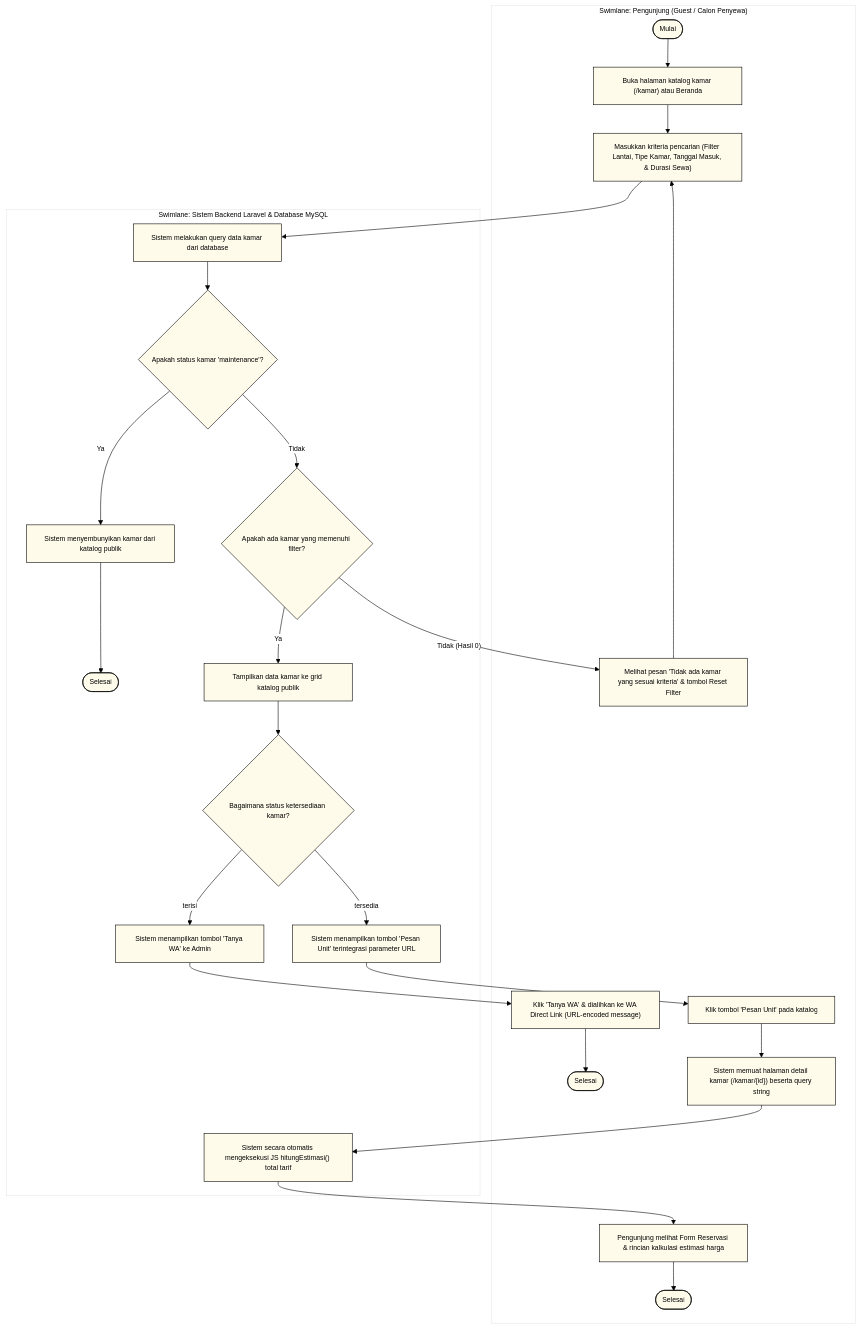
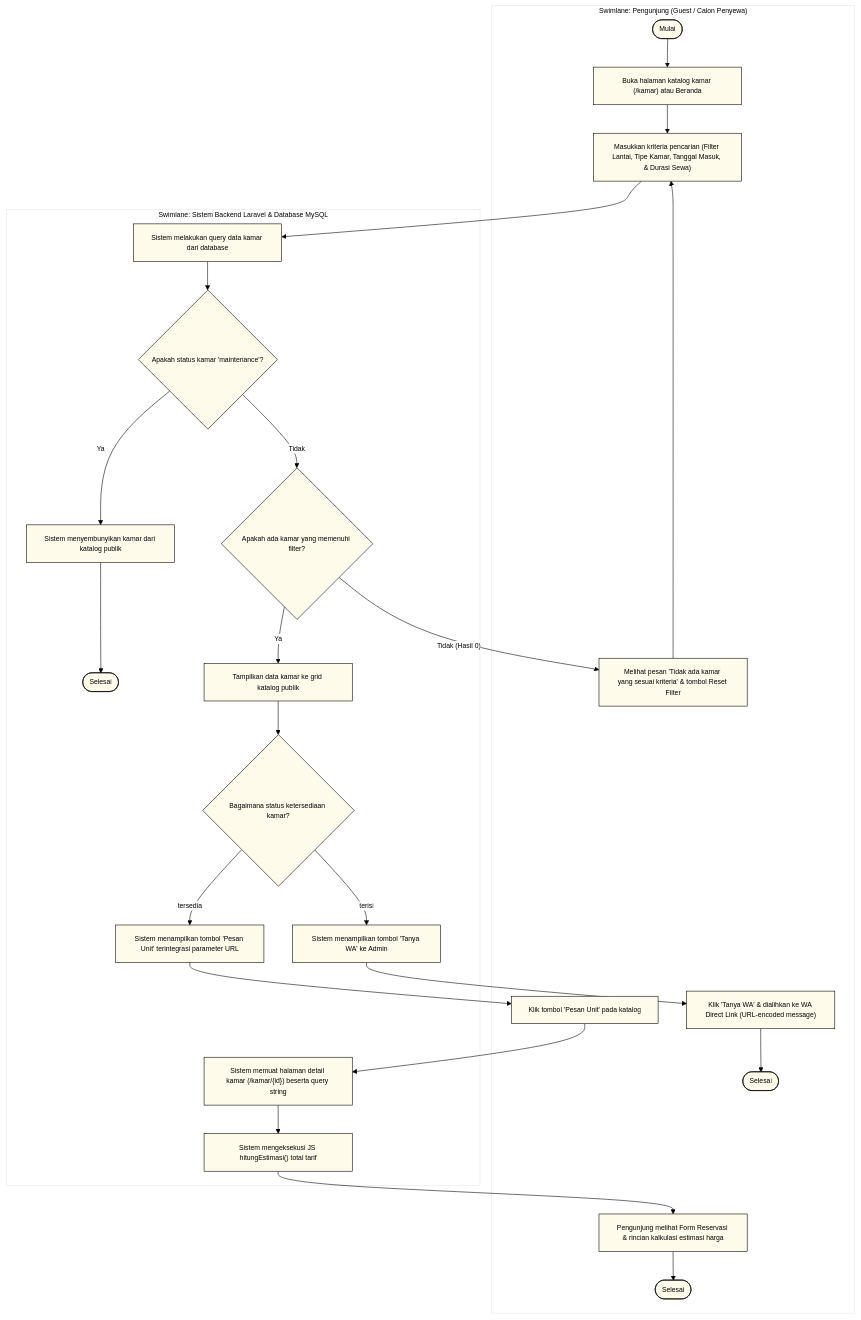
One commit to rafifarsyapradiva/asri-boarding-house changed the diagram in Blueprint/activity/alur_pencarian_kamar.mmd. Above: the diagram before and after it, drawn with Mermaid. The commit also changed 21 other files, not shown here.

Commit message:
docs(blueprint): audit forensik, rekonstruksi semantik swimlane & finalisasi mutlak activity diagram UML 2.5 (v236.0)

```diff
--- a/Blueprint/activity/alur_pencarian_kamar.mmd
+++ b/Blueprint/activity/alur_pencarian_kamar.mmd
@@ -1,46 +1,47 @@
 %%{init: {
   'theme': 'base',
   'themeVariables': {
     'primaryColor': '#FFFBEB',
     'primaryTextColor': '#000000',
     'primaryBorderColor': '#000000',
     'lineColor': '#000000',
     'secondaryColor': '#FDE047',
     'tertiaryColor': '#FFFFFF',
     'edgeLabelBackground': '#FFFFFF',
     'fontSize': '12px',
     'fontFamily': 'Inter, system-ui, sans-serif'
   }
 }}%%
 flowchart TD
     subgraph Swimlane_Pengunjung ["Swimlane: Pengunjung (Guest / Calon Penyewa)"]
         Start([Mulai]) --> BukaKatalog["Buka halaman katalog kamar (/kamar) atau Beranda"]
         BukaKatalog --> InputFilter["Masukkan kriteria pencarian (Filter Lantai, Tipe Kamar, Tanggal Masuk, & Durasi Sewa)"]
         TampilEmptyState["Melihat pesan 'Tidak ada kamar yang sesuai kriteria' & tombol Reset Filter"] --> InputFilter
         TanyaWA["Klik 'Tanya WA' & dialihkan ke WA Direct Link (URL-encoded message)"] --> SelesaiWA([Selesai])
-        KlikPesan["Klik tombol 'Pesan Unit' pada katalog"] --> DetailKamar["Sistem memuat halaman detail kamar (/kamar/{id}) beserta query string"]
+        KlikPesan["Klik tombol 'Pesan Unit' pada katalog"]
         TampilForm["Pengunjung melihat Form Reservasi & rincian kalkulasi estimasi harga"] --> SelesaiForm([Selesai])
     end
 
     subgraph Swimlane_System ["Swimlane: Sistem Backend Laravel & Database MySQL"]
         InputFilter --> QueryKamar["Sistem melakukan query data kamar dari database"]
         QueryKamar --> CekMaintenance{"Apakah status kamar 'maintenance'?"}
         
         CekMaintenance -- Ya --> SembunyikanKamar["Sistem menyembunyikan kamar dari katalog publik"]
         SembunyikanKamar --> SelesaiMaint([Selesai])
         
         CekMaintenance -- Tidak --> CekAdaKamar{"Apakah ada kamar yang memenuhi filter?"}
         CekAdaKamar -- Tidak (Hasil 0) --> TampilEmptyState
         
         CekAdaKamar -- Ya --> TampilkanKamar["Tampilkan data kamar ke grid katalog publik"]
         TampilkanKamar --> CekStatus{"Bagaimana status ketersediaan kamar?"}
         
         CekStatus -- "terisi" --> TombolWA["Sistem menampilkan tombol 'Tanya WA' ke Admin"]
         TombolWA --> TanyaWA
         
         CekStatus -- "tersedia" --> TombolPesan["Sistem menampilkan tombol 'Pesan Unit' terintegrasi parameter URL"]
         TombolPesan --> KlikPesan
         
-        DetailKamar --> KalkulasiOtomatis["Sistem secara otomatis mengeksekusi JS hitungEstimasi() total tarif"]
+        KlikPesan --> MemuatDetailKamar["Sistem memuat halaman detail kamar (/kamar/{id}) beserta query string"]
+        MemuatDetailKamar --> KalkulasiOtomatis["Sistem mengeksekusi JS hitungEstimasi() total tarif"]
         KalkulasiOtomatis --> TampilForm
     end
```
